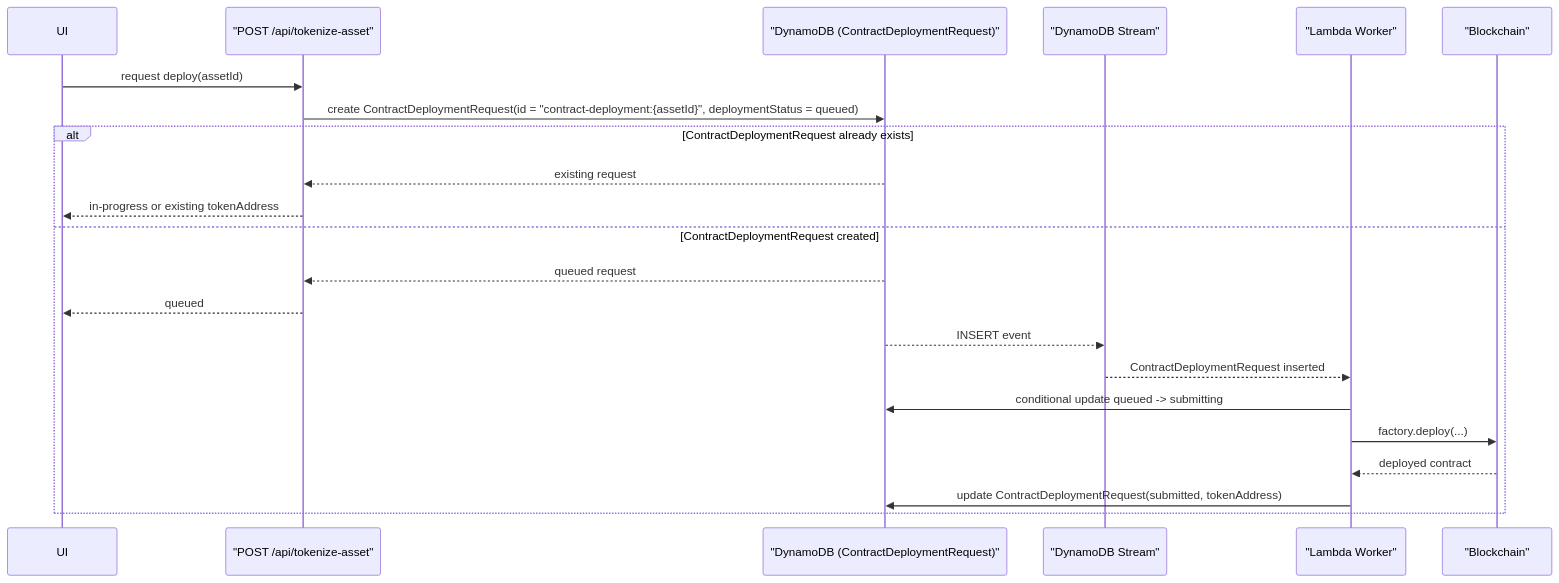
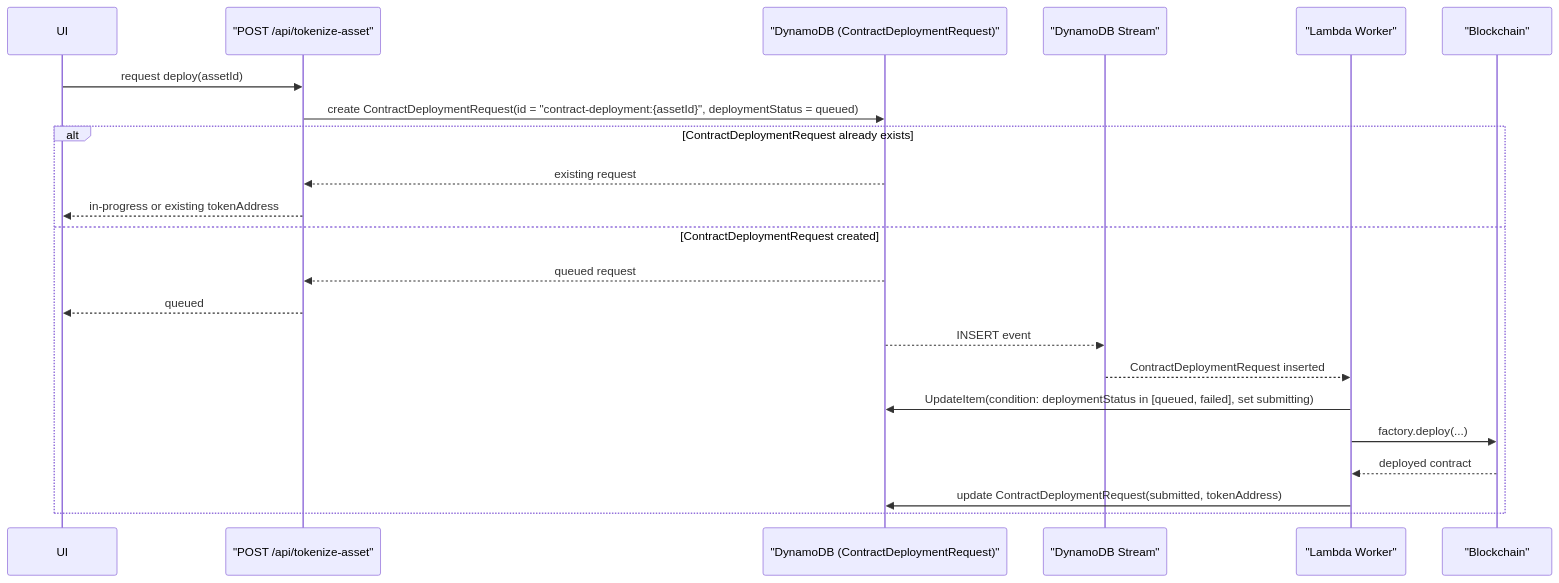
Before and after one commit to j4nos/cz: the second of 2 diagrams in specs/14 - dynamodb streams idempotens flow.md, drawn with Mermaid. The commit also changed other lines of this file and 96 other files, not shown here.

````diff
--- a/specs/14 - dynamodb streams idempotens flow.md
+++ b/specs/14 - dynamodb streams idempotens flow.md
@@ -328,25 +328,25 @@
 ```mermaid
 sequenceDiagram
   participant UI
   participant TokenizeAssetAPI as "POST /api/tokenize-asset"
   participant DynamoDB as "DynamoDB (ContractDeploymentRequest)"
   participant Stream as "DynamoDB Stream"
   participant Worker as "Lambda Worker"
   participant Chain as "Blockchain"
 
   UI->>TokenizeAssetAPI: request deploy(assetId)
   TokenizeAssetAPI->>DynamoDB: create ContractDeploymentRequest(id = "contract-deployment:{assetId}", deploymentStatus = queued)
   alt ContractDeploymentRequest already exists
     DynamoDB-->>TokenizeAssetAPI: existing request
     TokenizeAssetAPI-->>UI: in-progress or existing tokenAddress
   else ContractDeploymentRequest created
     DynamoDB-->>TokenizeAssetAPI: queued request
     TokenizeAssetAPI-->>UI: queued
     DynamoDB-->>Stream: INSERT event
     Stream-->>Worker: ContractDeploymentRequest inserted
-    Worker->>DynamoDB: conditional update queued -> submitting
+    Worker->>DynamoDB: UpdateItem(condition: deploymentStatus in [queued, failed], set submitting)
     Worker->>Chain: factory.deploy(...)
     Chain-->>Worker: deployed contract
     Worker->>DynamoDB: update ContractDeploymentRequest(submitted, tokenAddress)
   end
 ```
````
